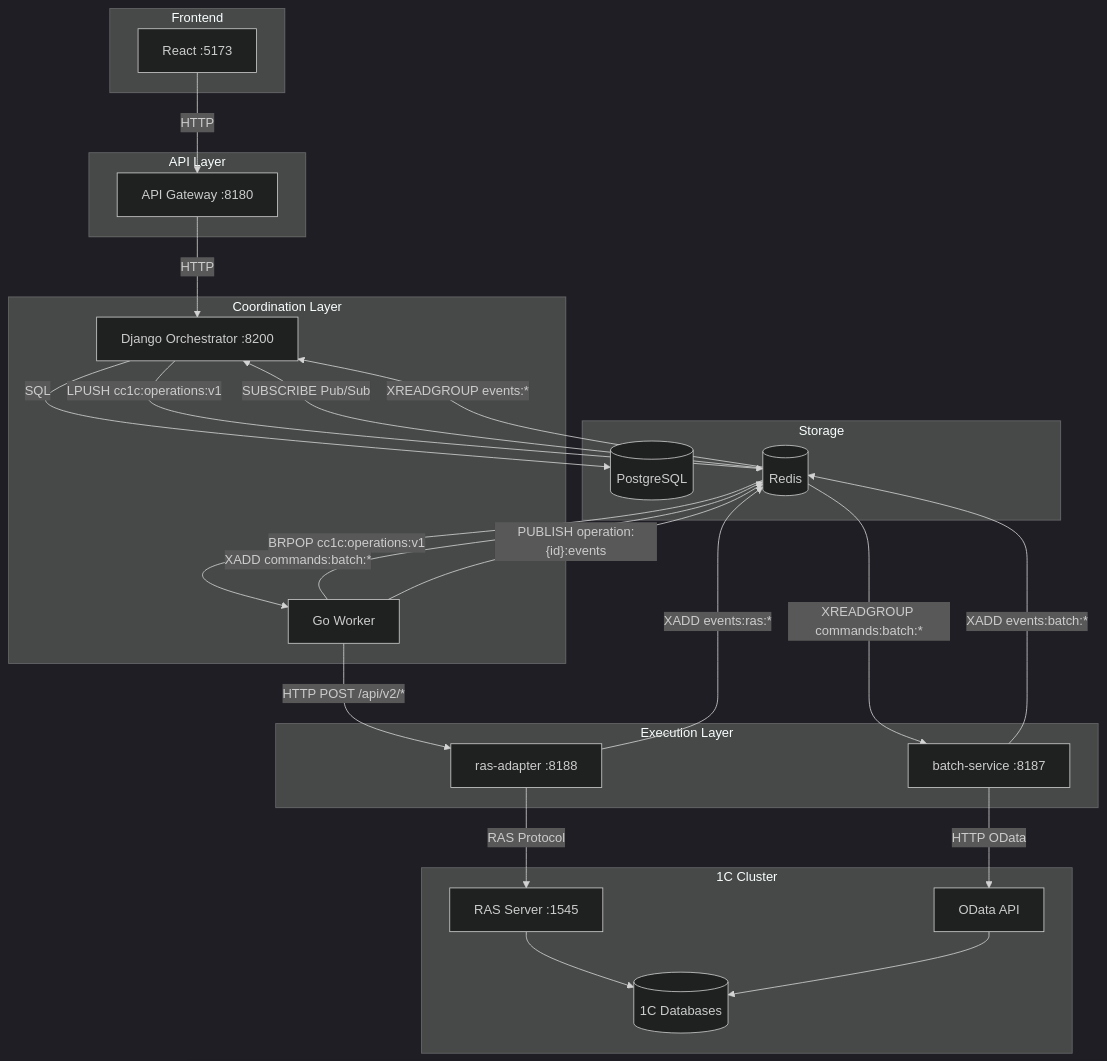
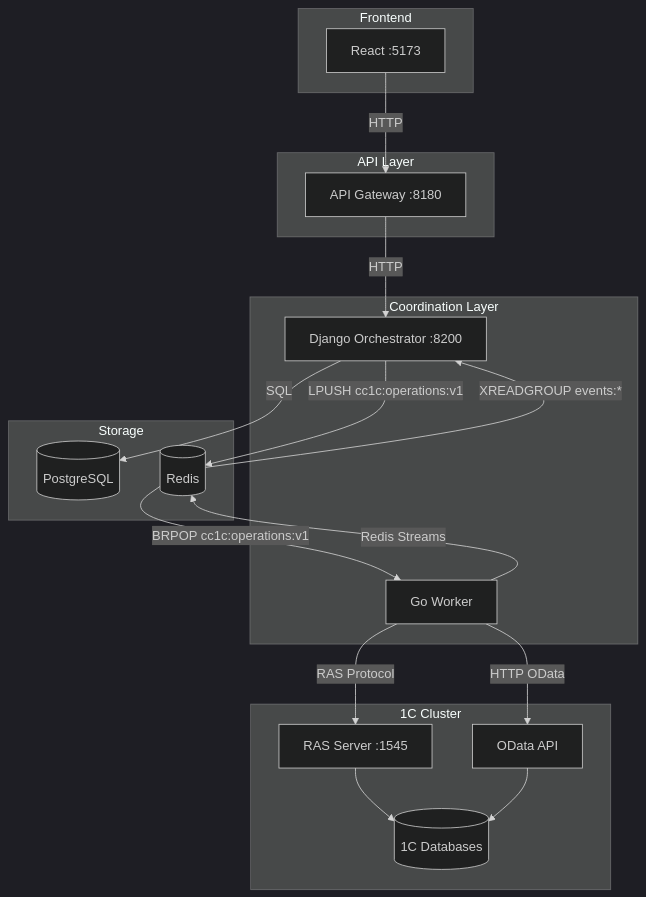
The diagram in docs/architecture/diagrams/CURRENT_ARCHITECTURE.md (defin85/command-center-1c), drawn with Mermaid (dark theme) before and after one commit. The commit also changed other lines of this file and 421 other files, not shown here.

````diff
--- a/docs/architecture/diagrams/CURRENT_ARCHITECTURE.md
+++ b/docs/architecture/diagrams/CURRENT_ARCHITECTURE.md
@@ -12,61 +12,47 @@
 ```mermaid
 flowchart TB
     subgraph Frontend
         UI[React :5173]
     end
 
     subgraph API["API Layer"]
         GW[API Gateway :8180]
     end
 
     subgraph Coordination["Coordination Layer"]
         Django[Django Orchestrator :8200]
         Worker[Go Worker]
-    end
-
-    subgraph Execution["Execution Layer"]
-        RAS[ras-adapter :8188]
-        Batch[batch-service :8187]
     end
 
     subgraph Storage["Storage"]
         PG[(PostgreSQL)]
         Redis[(Redis)]
     end
 
     subgraph 1C["1С Cluster"]
         RASServer[RAS Server :1545]
         OData[OData API]
         Bases[(1С Databases)]
     end
 
     %% Frontend → API
     UI -->|HTTP| GW
     GW -->|HTTP| Django
 
     %% Django → Storage
     Django -->|SQL| PG
-    Django -->|"LPUSH cc1c:operations:v1"| Redis
+    Django -->|LPUSH cc1c:operations:v1| Redis
 
     %% Redis → Worker
-    Redis -->|"BRPOP cc1c:operations:v1"| Worker
+    Redis -->|BRPOP cc1c:operations:v1| Worker
 
-    %% Worker → Execution (разные транспорты!)
-    Worker -->|"HTTP POST /api/v2/*"| RAS
-    Worker -->|"XADD commands:batch:*"| Redis
-    Redis -->|"XREADGROUP commands:batch:*"| Batch
-
-    %% Execution → 1C
-    RAS -->|RAS Protocol| RASServer
-    Batch -->|HTTP OData| OData
+    %% Worker → 1C
+    Worker -->|RAS Protocol| RASServer
+    Worker -->|HTTP OData| OData
     RASServer --> Bases
     OData --> Bases
 
     %% Results back
-    Worker -->|"PUBLISH operation:{id}:events"| Redis
-    Redis -->|"SUBSCRIBE Pub/Sub"| Django
-
-    RAS -->|"XADD events:ras:*"| Redis
-    Batch -->|"XADD events:batch:*"| Redis
-    Redis -->|"XREADGROUP events:*"| Django
+    Worker -->|Redis Streams| Redis
+    Redis -->|XREADGROUP events:*| Django
 ```
````
